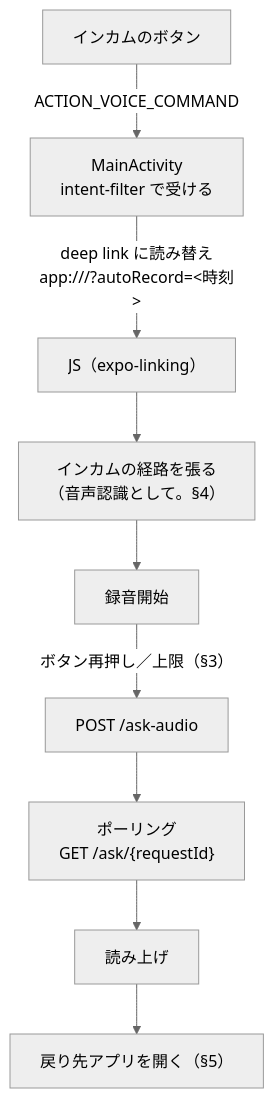
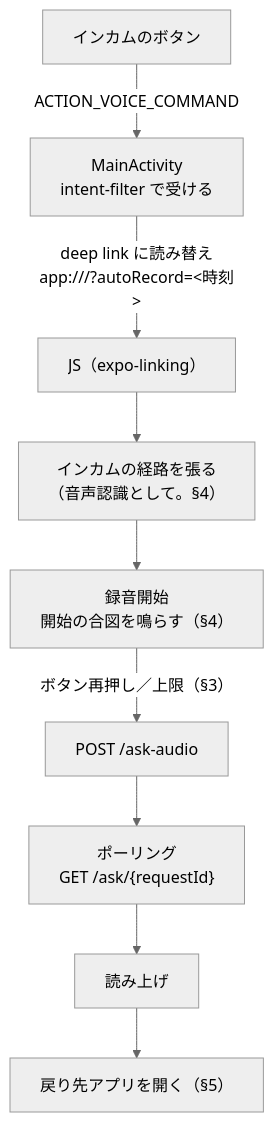
The diagram in docs/01_architecture.md (h-akira/TouringProject_App), drawn with Mermaid (neutral theme) before and after one commit. The commit also changed other lines of this file and 9 other files, not shown here.

````diff
--- a/docs/01_architecture.md
+++ b/docs/01_architecture.md
@@ -20,11 +20,11 @@
 ```mermaid
 flowchart TD
     B["インカムのボタン"] -->|"ACTION_VOICE_COMMAND"| MA["MainActivity<br/>intent-filter で受ける"]
     MA -->|"deep link に読み替え<br/>app:///?autoRecord=&lt;時刻&gt;"| JS["JS（expo-linking）"]
     JS --> VR["インカムの経路を張る<br/>（音声認識として。§4）"]
-    VR --> REC["録音開始"]
+    VR --> REC["録音開始<br/>開始の合図を鳴らす（§4）"]
     REC -->|"ボタン再押し／上限（§3）"| SEND["POST /ask-audio"]
     SEND --> POLL["ポーリング<br/>GET /ask/{requestId}"]
     POLL --> PLAY["読み上げ"]
     PLAY --> RET["戻り先アプリを開く（§5）"]
 ```
````
